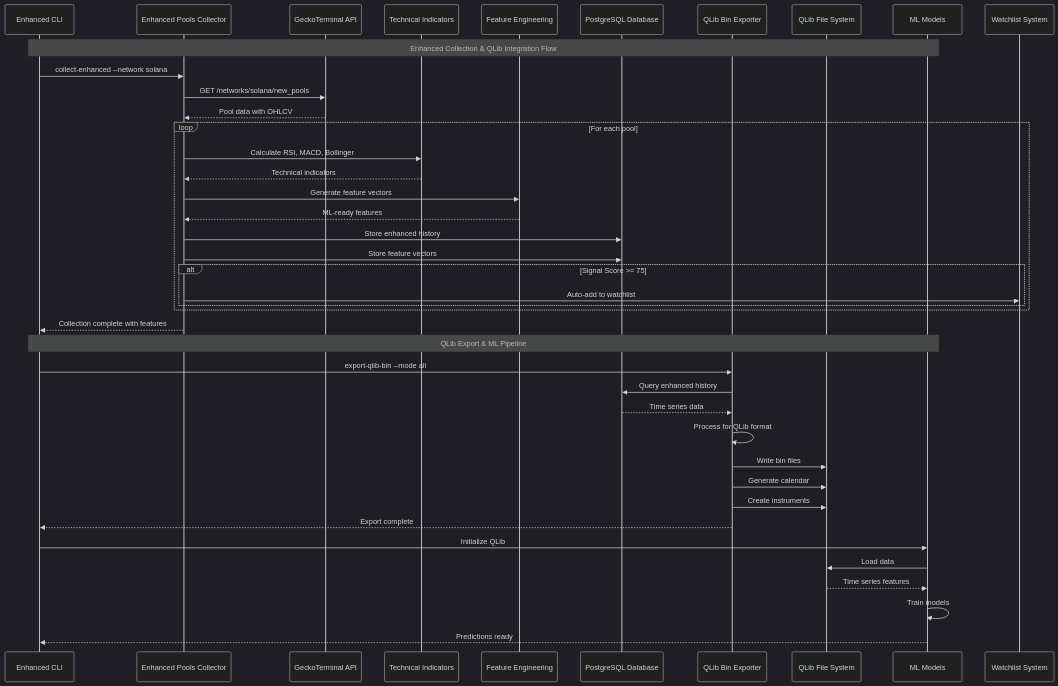
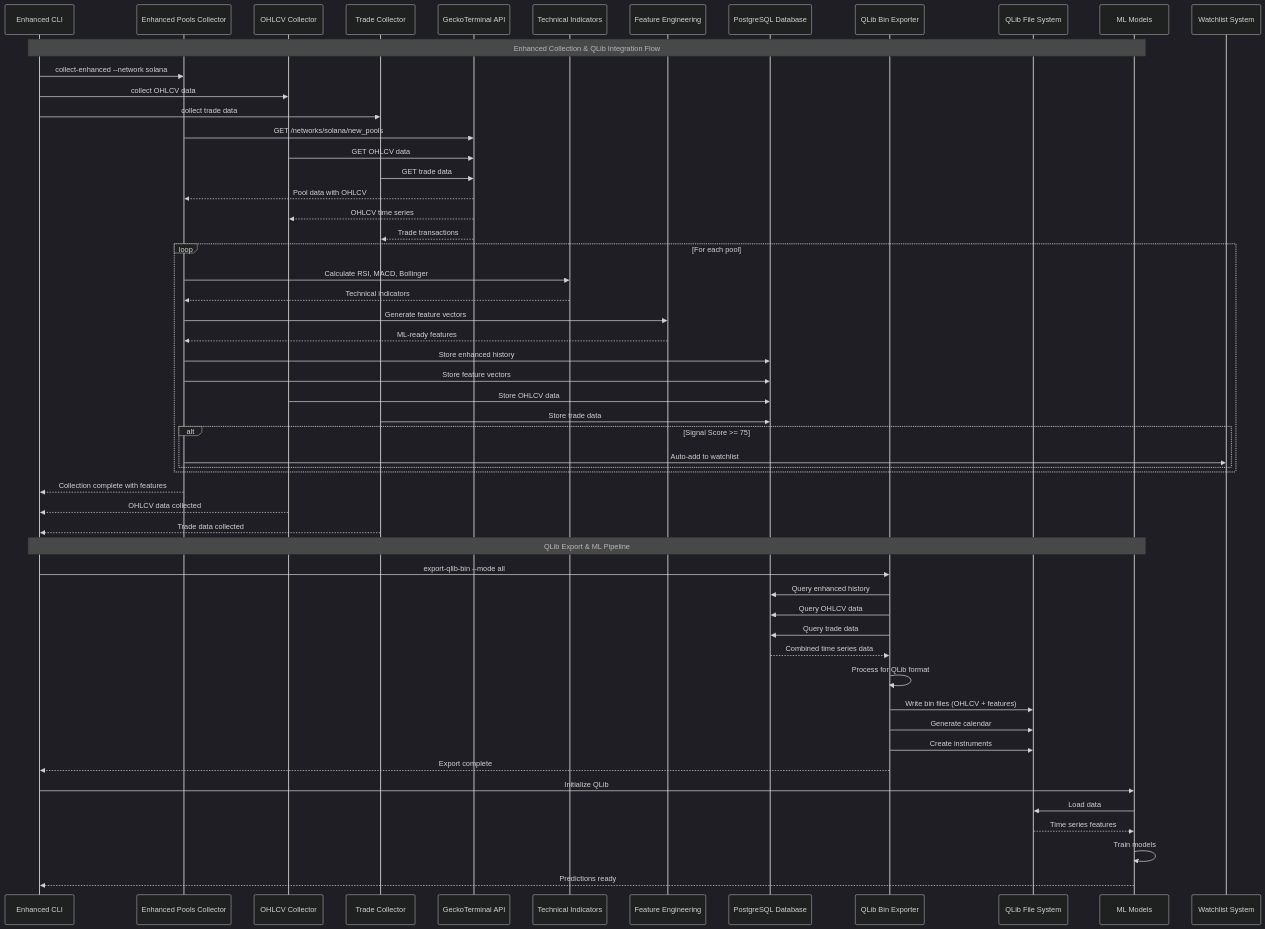
Before and after one commit to snogcel/geckoterminal_collector: the second of 7 diagrams in specs/v4/SYSTEM_ARCHITECTURE_DIAGRAM.md, drawn with Mermaid (dark theme). The commit also changed other lines of this file and 1 other file, not shown here.

Commit message:
Fix System Architecture Diagram

````diff
--- a/specs/v4/SYSTEM_ARCHITECTURE_DIAGRAM.md
+++ b/specs/v4/SYSTEM_ARCHITECTURE_DIAGRAM.md
@@ -93,51 +99,65 @@
 ```mermaid
 sequenceDiagram
     participant CLI as Enhanced CLI
     participant EPC as Enhanced Pools Collector
+    participant OC as OHLCV Collector
+    participant TC as Trade Collector
     participant API as GeckoTerminal API
     participant TI as Technical Indicators
     participant FE as Feature Engineering
     participant DB as PostgreSQL Database
     participant QBE as QLib Bin Exporter
     participant QFS as QLib File System
     participant ML as ML Models
     participant WL as Watchlist System
     
     Note over CLI,ML: Enhanced Collection & QLib Integration Flow
     
     CLI->>EPC: collect-enhanced --network solana
+    CLI->>OC: collect OHLCV data
+    CLI->>TC: collect trade data
     EPC->>API: GET /networks/solana/new_pools
+    OC->>API: GET OHLCV data
+    TC->>API: GET trade data
     API-->>EPC: Pool data with OHLCV
+    API-->>OC: OHLCV time series
+    API-->>TC: Trade transactions
     
     loop For each pool
         EPC->>TI: Calculate RSI, MACD, Bollinger
         TI-->>EPC: Technical indicators
         EPC->>FE: Generate feature vectors
         FE-->>EPC: ML-ready features
         EPC->>DB: Store enhanced history
         EPC->>DB: Store feature vectors
+        OC->>DB: Store OHLCV data
+        TC->>DB: Store trade data
         
         alt Signal Score >= 75
             EPC->>WL: Auto-add to watchlist
         end
     end
     
     EPC-->>CLI: Collection complete with features
+    OC-->>CLI: OHLCV data collected
+    TC-->>CLI: Trade data collected
     
     Note over CLI,ML: QLib Export & ML Pipeline
     
     CLI->>QBE: export-qlib-bin --mode all
     QBE->>DB: Query enhanced history
-    DB-->>QBE: Time series data
+    QBE->>DB: Query OHLCV data
+    QBE->>DB: Query trade data
+    DB-->>QBE: Combined time series data
     QBE->>QBE: Process for QLib format
-    QBE->>QFS: Write bin files
+    QBE->>QFS: Write bin files (OHLCV + features)
     QBE->>QFS: Generate calendar
     QBE->>QFS: Create instruments
     QBE-->>CLI: Export complete
     
     CLI->>ML: Initialize QLib
     ML->>QFS: Load data
     QFS-->>ML: Time series features
     ML->>ML: Train models
     ML-->>CLI: Predictions ready
 ```
````
